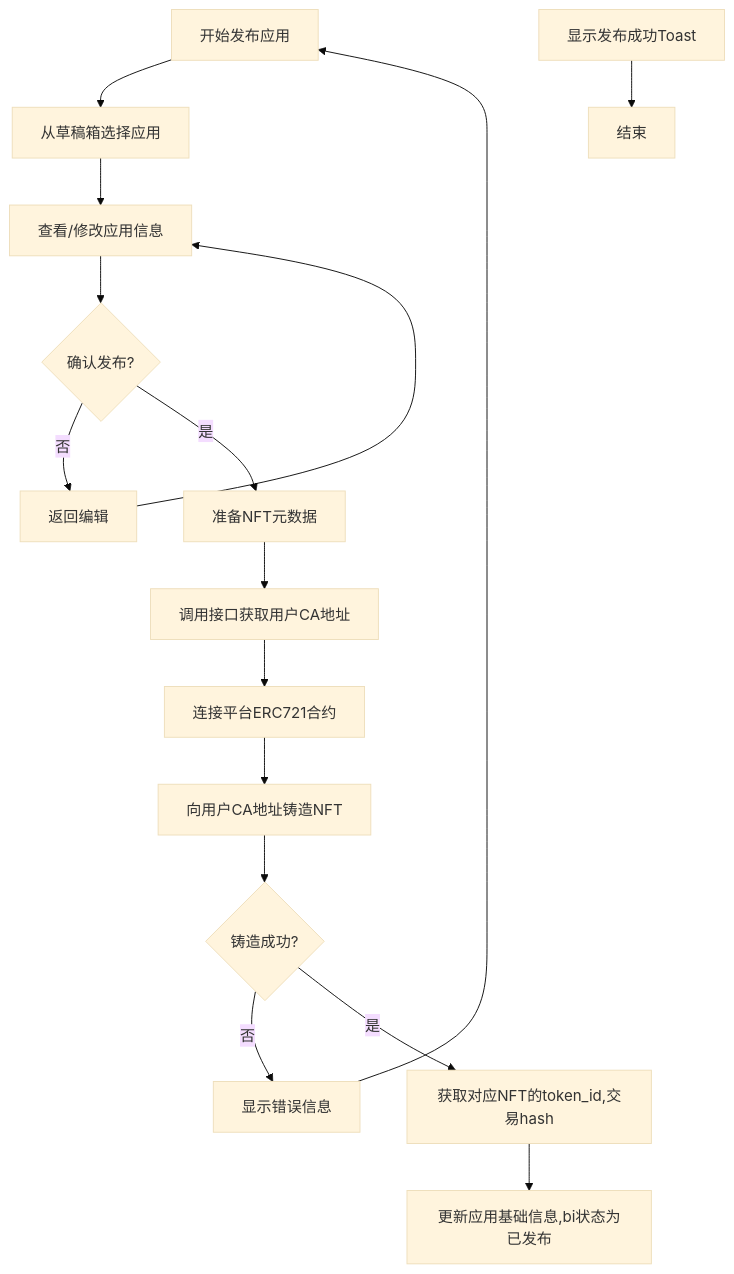
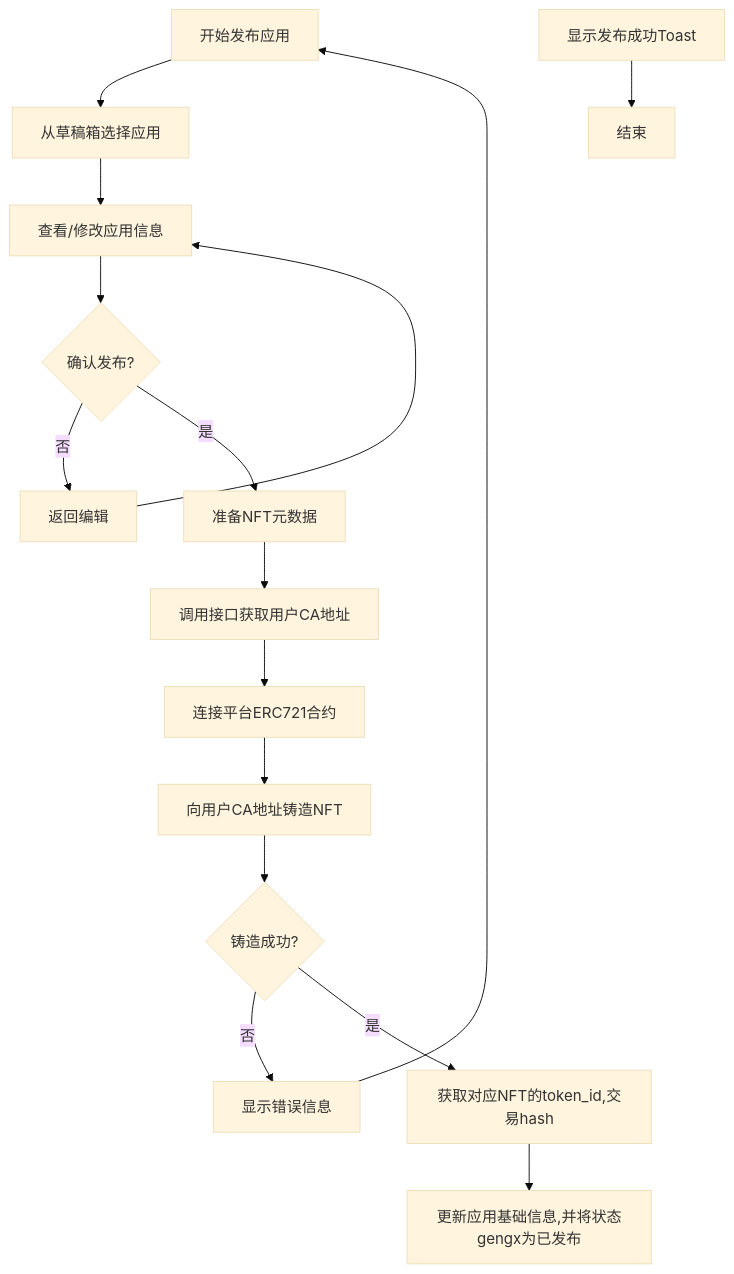
One commit to yingjianzh/iodraw-files changed the diagram in all/未命名-66.md. Above: the diagram before and after it, drawn with Mermaid (base theme).

Commit message:
2025-05-27 11:26:31 update

````diff
--- a/all/未命名-66.md
+++ b/all/未命名-66.md
@@ -1,21 +1,21 @@
 ```mermaid
 
 flowchart TD
     A[开始发布应用] --> B[从草稿箱选择应用]
     B --> C[查看/修改应用信息]
     C --> D{确认发布?}
     D -->|否| E[返回编辑]
     E --> C
     D -->|是| F[准备NFT元数据]
     F --> G[调用接口获取用户CA地址]
     G --> H[连接平台ERC721合约]
     H --> I[向用户CA地址铸造NFT]
     I --> J{铸造成功?}
     J -->|否| K[显示错误信息]
     K --> A
     J -->|是| L[获取对应NFT的token_id,交易hash]
-    L --> M[更新应用基础信息,bi状态为已发布]
+    L --> M[更新应用基础信息,并将状态gengx为已发布]
     O[显示发布成功Toast]
     O --> P[结束]
 
 ```
````
